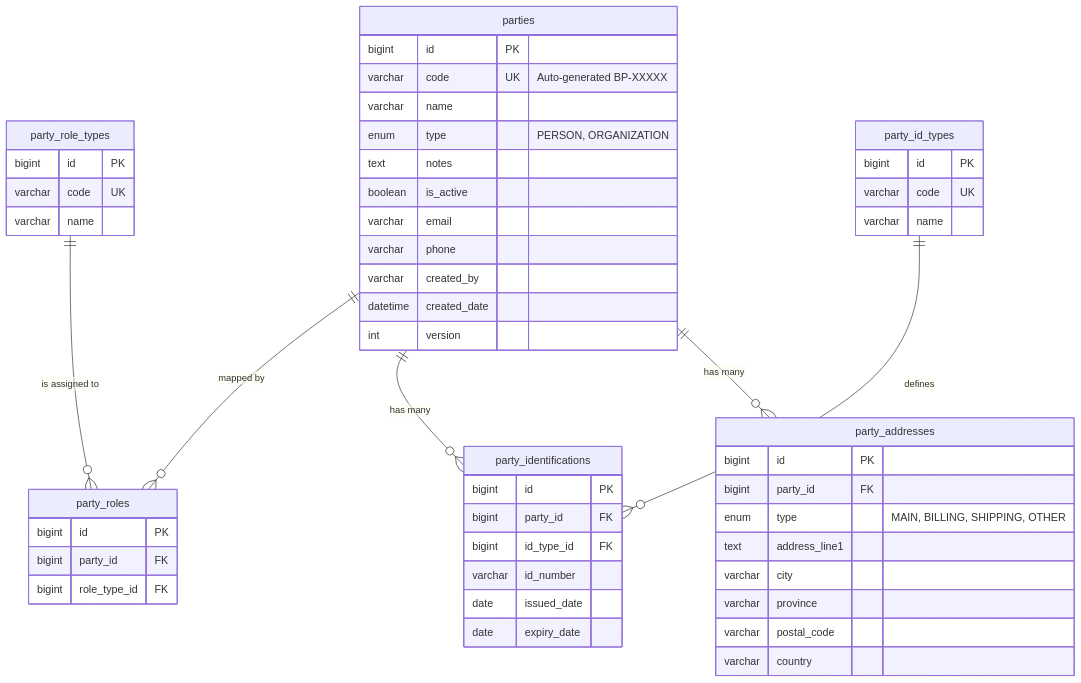
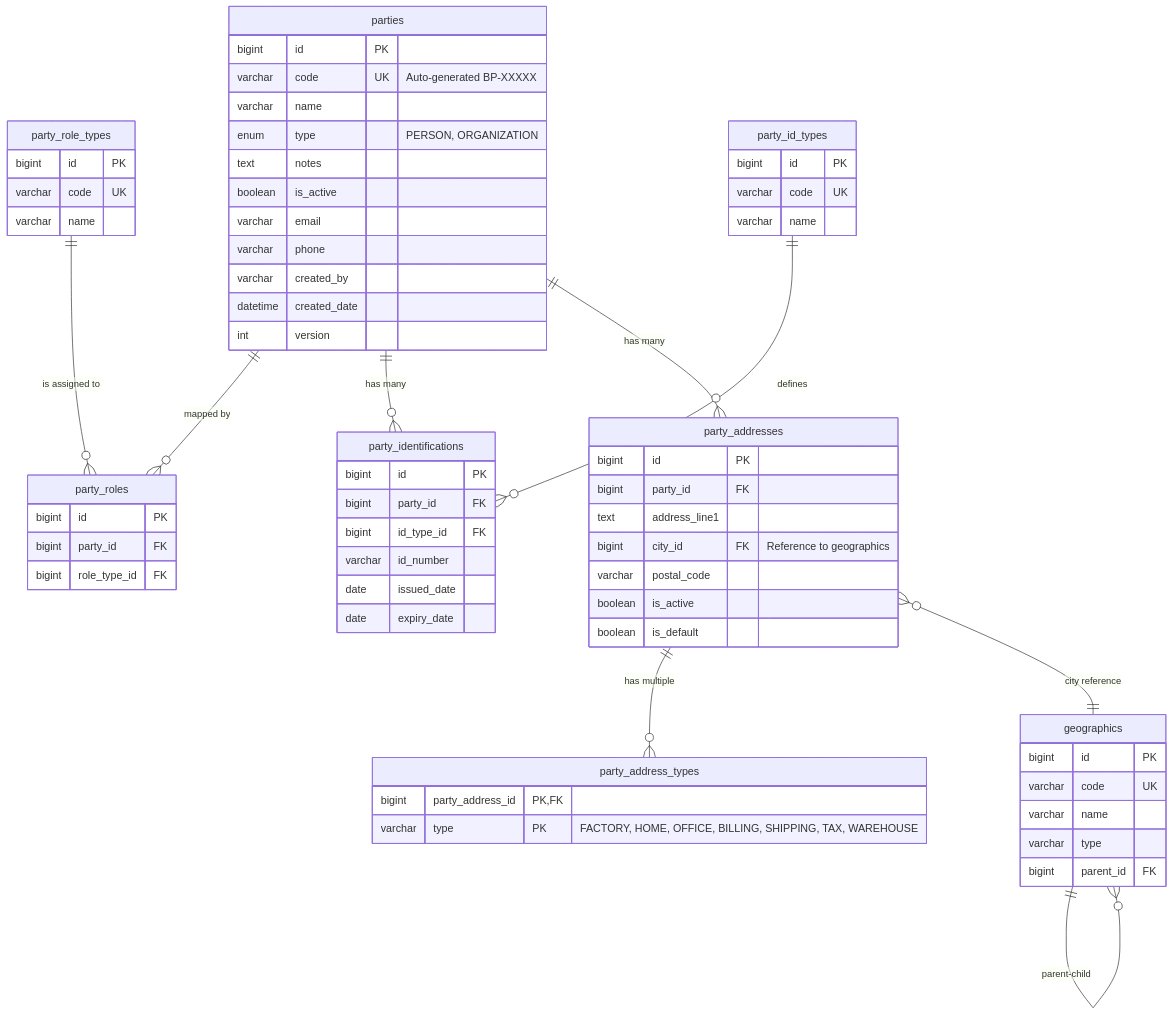
One commit to quenzvezda/solusi-erp changed the diagram in docs/database/party-erd.md. Above: the diagram before and after it, drawn with Mermaid. The commit also changed 14 other files, not shown here.

First line of the commit message:
feat(master): refactor party address with multi-purpose types and geographic integration

````diff
--- a/docs/database/party-erd.md
+++ b/docs/database/party-erd.md
@@ -5,60 +5,75 @@
 ```mermaid
 erDiagram
     party_role_types {
         bigint id PK
         varchar code UK
         varchar name
     }
 
     party_id_types {
         bigint id PK
         varchar code UK
         varchar name
     }
 
     parties {
         bigint id PK
         varchar code UK "Auto-generated BP-XXXXX"
         varchar name
         enum type "PERSON, ORGANIZATION"
         text notes
         boolean is_active
         varchar email
         varchar phone
         varchar created_by
         datetime created_date
         int version
     }
 
     party_roles {
         bigint id PK
         bigint party_id FK
         bigint role_type_id FK
     }
 
     party_identifications {
         bigint id PK
         bigint party_id FK
         bigint id_type_id FK
         varchar id_number
         date issued_date
         date expiry_date
     }
 
     party_addresses {
         bigint id PK
         bigint party_id FK
-        enum type "MAIN, BILLING, SHIPPING, OTHER"
         text address_line1
-        varchar city
-        varchar province
+        bigint city_id FK "Reference to geographics"
         varchar postal_code
-        varchar country
+        boolean is_active
+        boolean is_default
+    }
+
+    party_address_types {
+        bigint party_address_id PK, FK
+        varchar type PK "FACTORY, HOME, OFFICE, BILLING, SHIPPING, TAX, WAREHOUSE"
+    }
+
+    geographics {
+        bigint id PK
+        varchar code UK
+        varchar name
+        varchar type
+        bigint parent_id FK
     }
 
     parties ||--o{ party_roles : "mapped by"
     party_role_types ||--o{ party_roles : "is assigned to"
     parties ||--o{ party_identifications : "has many"
     party_id_types ||--o{ party_identifications : "defines"
     parties ||--o{ party_addresses : "has many"
+    party_addresses ||--o{ party_address_types : "has multiple"
+    party_addresses }o--|| geographics : "city reference"
+    geographics ||--o{ geographics : "parent-child"
 ```
````
